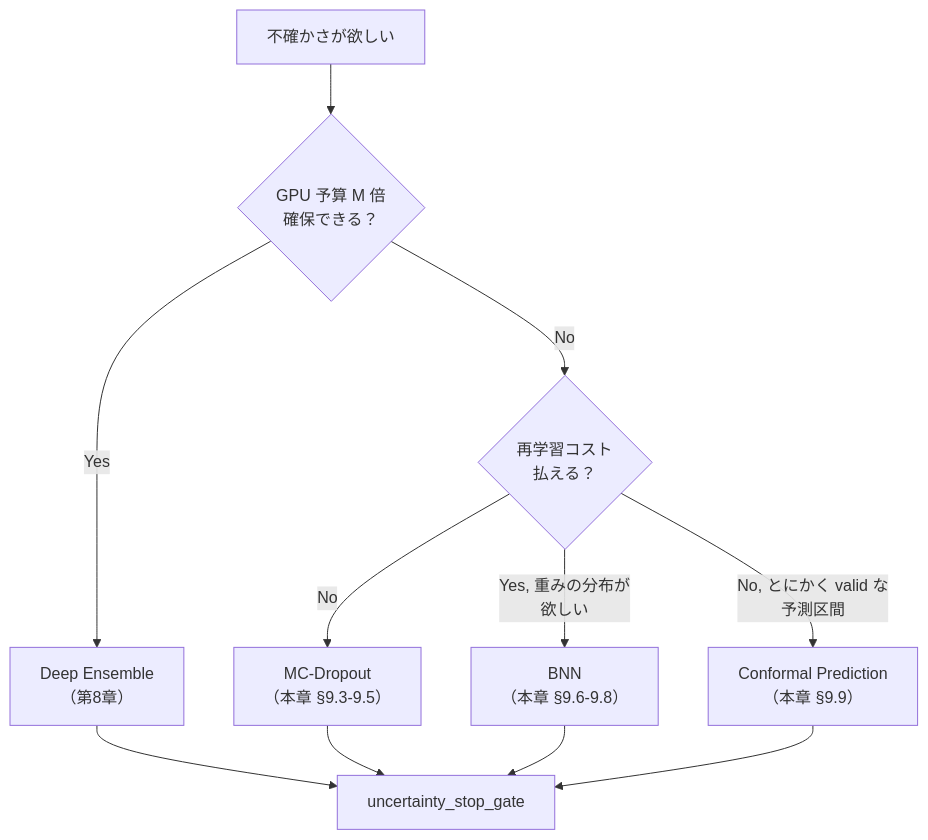
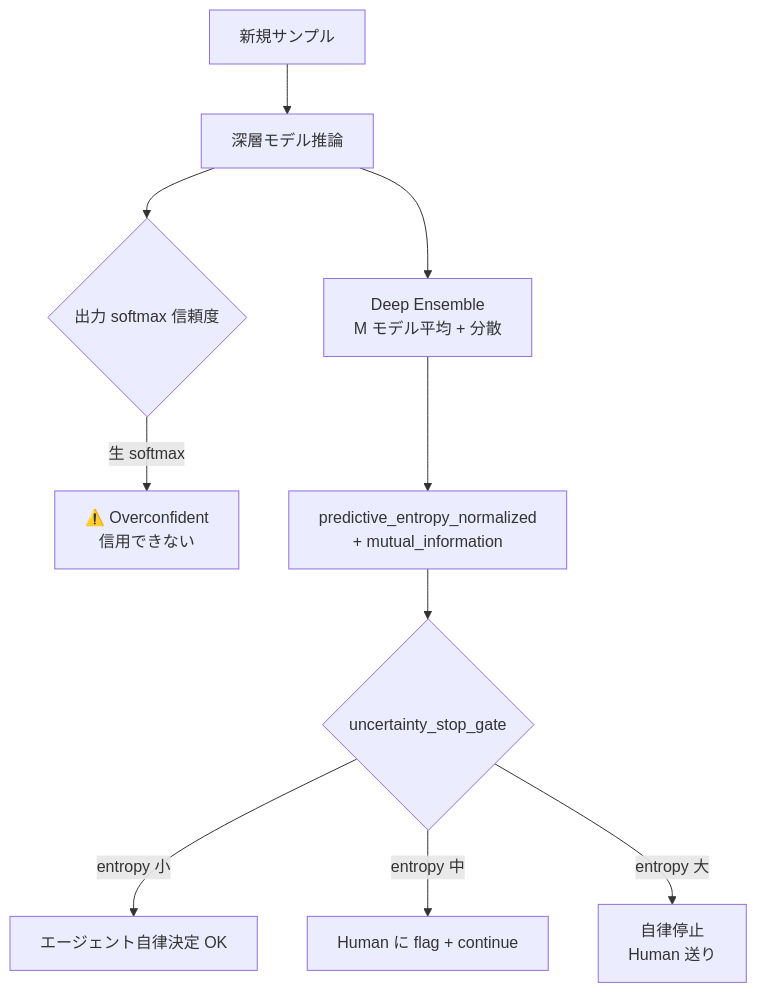
Before and after one commit to nahisaho/ARIMAgentDataAnalysisBook: the first of 2 diagrams in papers/vol-03/chapter-09.md, drawn with Mermaid. The commit also changed other lines of this file and 48 other files, not shown here.

````diff
--- a/papers/vol-03/chapter-09.md
+++ b/papers/vol-03/chapter-09.md
@@ -48,13 +50,12 @@
 ```mermaid
 flowchart TB
-    A["不確かさが欲しい"] --> B{"GPU 予算 M 倍<br/>確保できる？"}
-    B -->|"Yes"| C["Deep Ensemble<br/>（第8章）"]
-    B -->|"No"| D{"再学習コスト<br/>払える？"}
-    D -->|"No"| E["MC-Dropout<br/>（本章 §9.3-9.5）"]
-    D -->|"Yes, 重みの分布が<br/>欲しい"| F["BNN<br/>（本章 §9.6-9.8）"]
-    D -->|"No, とにかく valid な<br/>予測区間"| G["Conformal Prediction<br/>（本章 §9.9）"]
-    C --> H["uncertainty_stop_gate"]
-    E --> H
-    F --> H
-    G --> H
+    A["新規サンプル"] --> B["深層モデル推論"]
+    B --> C{"出力 softmax 信頼度"}
+    C -->|"生 softmax"| D["⚠️ Overconfident<br/>信用できない"]
+    B --> E["Deep Ensemble<br/>M モデル平均 + 分散"]
+    E --> F["predictive_entropy_normalized<br/>+ mutual_information"]
+    F --> G{"uncertainty_stop_gate"}
+    G -->|"entropy 小"| H["エージェント自律決定 OK"]
+    G -->|"entropy 中"| I["Human に flag + continue"]
+    G -->|"entropy 大"| J["自律停止<br/>Human 送り"]
 ```
````
